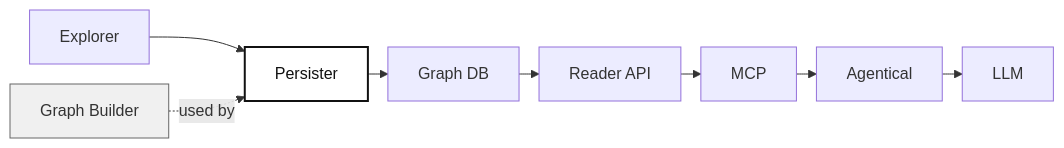
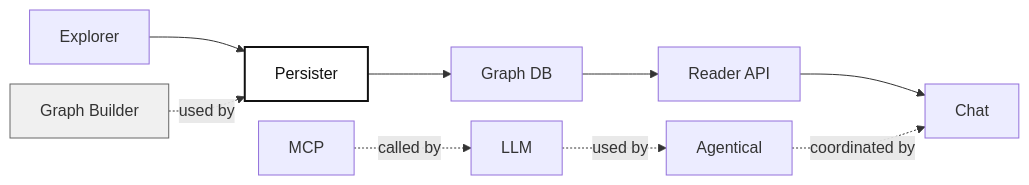
One commit to beanone/graph_persister changed the diagram in README.md. Above: the diagram before and after it, drawn with Mermaid.

````diff
--- a/README.md
+++ b/README.md
@@ -11,15 +11,16 @@
 ```mermaid
 %%{init: {'flowchart': {'nodeSpacing': 20, 'rankSpacing': 20}} }%%
 flowchart LR
     A[Explorer] --> B[Persister]
     B --> C[Graph DB]
     C --> D[Reader API]
-    D --> E[MCP]
-    E --> F[Agentical]
-    F --> L[LLM]
+    D --> T[Chat]
 
     G[Graph Builder] -.->|used by| B
+    F[Agentical] -.->|coordinated by| T
+    L[LLM] -.->|used by| F
+    E[MCP] -.->|called by| L
 
     style B fill:#fff,stroke:#111,stroke-width:2px,color:#111
     style G fill:#f0f0f0,stroke:#666,stroke-width:1px,color:#333
 ```
````
